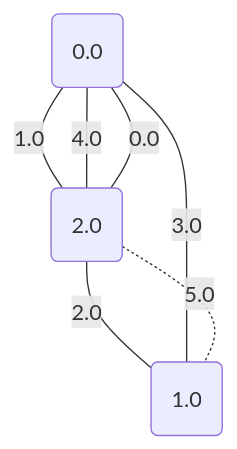
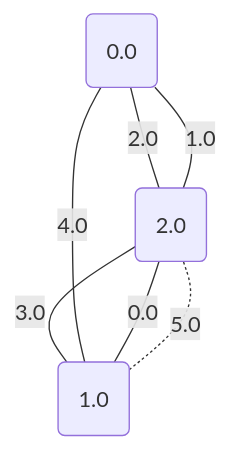
The fourth of 5 diagrams in project/src/testing/minCut.md (metury/graphs), drawn with Mermaid before and after one commit. The commit also changed other lines of this file and 50 other files, not shown here.

````diff
--- a/project/src/testing/minCut.md
+++ b/project/src/testing/minCut.md
@@ -66,12 +66,12 @@
 ```mermaid
 graph TD;
 0("0.0");
 1("1.0");
 2("2.0");
-	2 -- "0.0" --- 0;
-	0 -- "1.0" --- 2;
-	2 -- "2.0" --- 1;
-	0 -- "3.0" --- 1;
-	0 -- "4.0" --- 2;
-	2 -. "5.0" -.- 1;
+	1 -- "0.0" --- 2;
+	2 -- "1.0" --- 0;
+	0 -- "2.0" --- 2;
+	2 -- "3.0" --- 1;
+	0 -- "4.0" --- 1;
+	1 -. "5.0" -.- 2;
 ```
````
